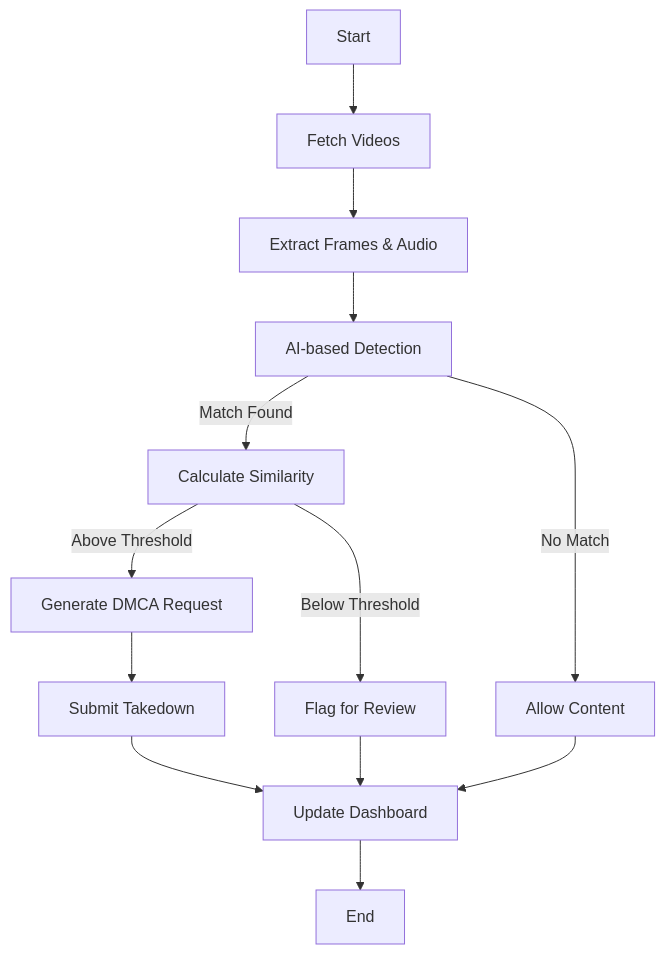
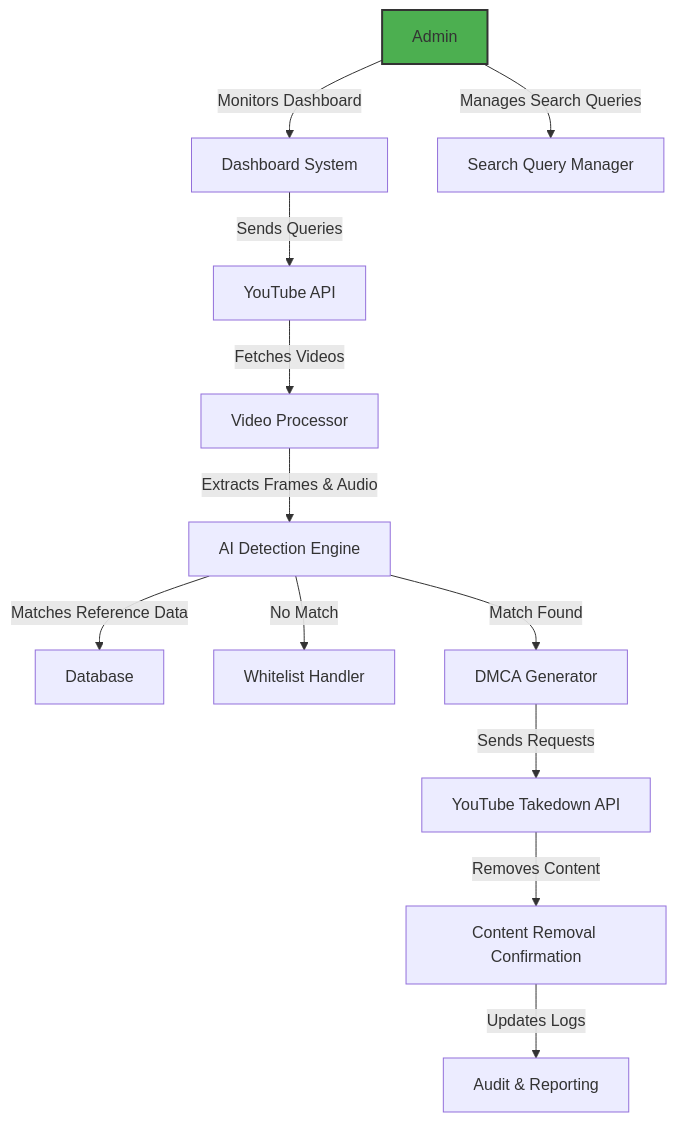
One commit to sktigpta/Gdg-Solution-Challenge changed the first of 2 diagrams in README.md. Above: the diagram before and after it, drawn with Mermaid. The commit also changed other lines of this file, not shown here.

````diff
--- a/README.md
+++ b/README.md
@@ -145,15 +145,16 @@
 ```mermaid
-flowchart TD
-    A[Start] --> B[Fetch Videos]
-    B --> C[Extract Frames & Audio]
-    C --> D[AI-based Detection]
-    D -->|Match Found| E[Calculate Similarity]
-    E -->|Above Threshold| F[Generate DMCA Request]
-    F --> G[Submit Takedown]
-    E -->|Below Threshold| H[Flag for Review]
-    D -->|No Match| I[Allow Content]
-    G --> J[Update Dashboard]
-    H --> J
-    I --> J
-    J --> K[End]
+graph TD
+    A[Admin] -->|Monitors Dashboard| B[Dashboard System]
+    A -->|Manages Search Queries| C[Search Query Manager]
+    B -->|Sends Queries| D[YouTube API]
+    D -->|Fetches Videos| E[Video Processor]
+    E -->|Extracts Frames & Audio| F[AI Detection Engine]
+    F -->|Matches Reference Data| G[Database]
+    F -->|No Match| H[Whitelist Handler]
+    F -->|Match Found| I[DMCA Generator]
+    I -->|Sends Requests| J[YouTube Takedown API]
+    J -->|Removes Content| K[Content Removal Confirmation]
+    K -->|Updates Logs| L[Audit & Reporting]
+
+    style A fill:#4CAF50,stroke:#333,stroke-width:2px
 ```
````
